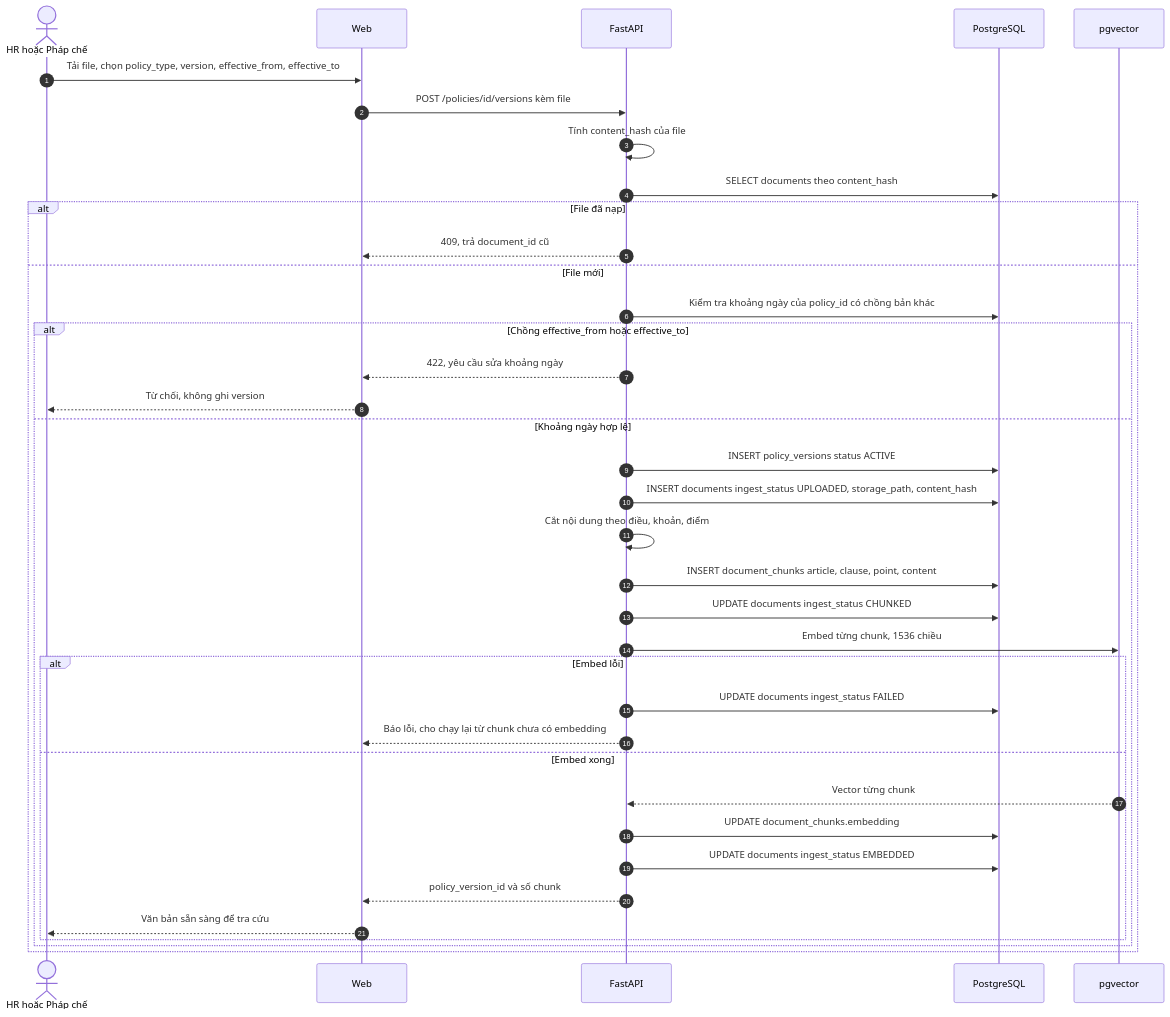
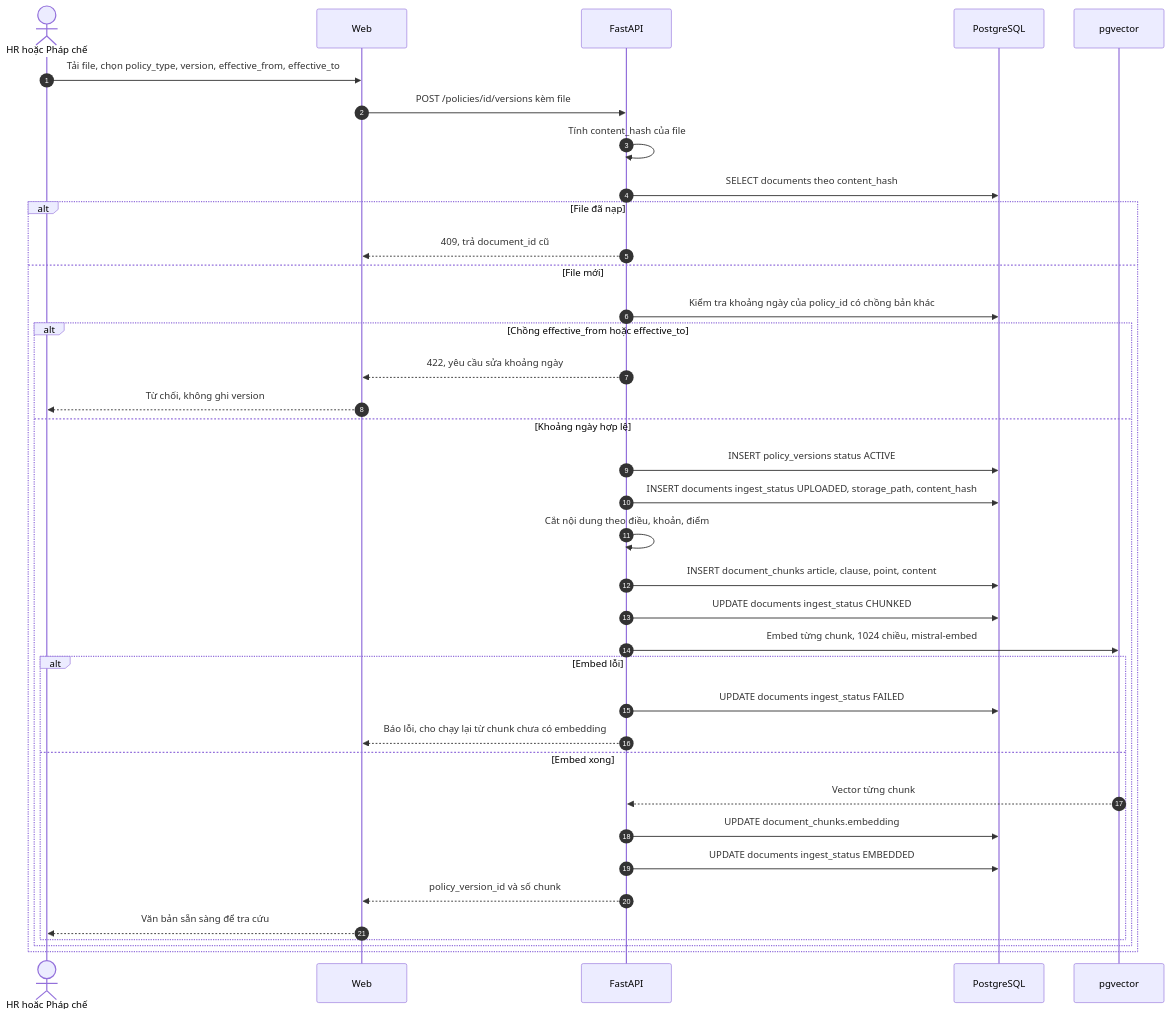
Before and after one commit to Tuan-Nguyen-Minhh/HRHelp: the sixth of 15 diagrams in docs/features/features.md, drawn with Mermaid. The commit also changed other lines of this file and 7 other files, not shown here.

````diff
--- a/docs/features/features.md
+++ b/docs/features/features.md
@@ -325,40 +330,40 @@
 ```mermaid
 sequenceDiagram
     autonumber
     actor AD as HR hoặc Pháp chế
     participant UI as Web
     participant API as FastAPI
     participant DB as PostgreSQL
     participant VS as pgvector
 
     AD->>UI: Tải file, chọn policy_type, version, effective_from, effective_to
     UI->>API: POST /policies/id/versions kèm file
     API->>API: Tính content_hash của file
     API->>DB: SELECT documents theo content_hash
     alt File đã nạp
         API-->>UI: 409, trả document_id cũ
     else File mới
         API->>DB: Kiểm tra khoảng ngày của policy_id có chồng bản khác
         alt Chồng effective_from hoặc effective_to
             API-->>UI: 422, yêu cầu sửa khoảng ngày
             UI-->>AD: Từ chối, không ghi version
         else Khoảng ngày hợp lệ
             API->>DB: INSERT policy_versions status ACTIVE
             API->>DB: INSERT documents ingest_status UPLOADED, storage_path, content_hash
             API->>API: Cắt nội dung theo điều, khoản, điểm
             API->>DB: INSERT document_chunks article, clause, point, content
             API->>DB: UPDATE documents ingest_status CHUNKED
-            API->>VS: Embed từng chunk, 1536 chiều
+            API->>VS: Embed từng chunk, 1024 chiều, mistral-embed
             alt Embed lỗi
                 API->>DB: UPDATE documents ingest_status FAILED
                 API-->>UI: Báo lỗi, cho chạy lại từ chunk chưa có embedding
             else Embed xong
                 VS-->>API: Vector từng chunk
                 API->>DB: UPDATE document_chunks.embedding
                 API->>DB: UPDATE documents ingest_status EMBEDDED
                 API-->>UI: policy_version_id và số chunk
                 UI-->>AD: Văn bản sẵn sàng để tra cứu
             end
         end
     end
 ```
````
